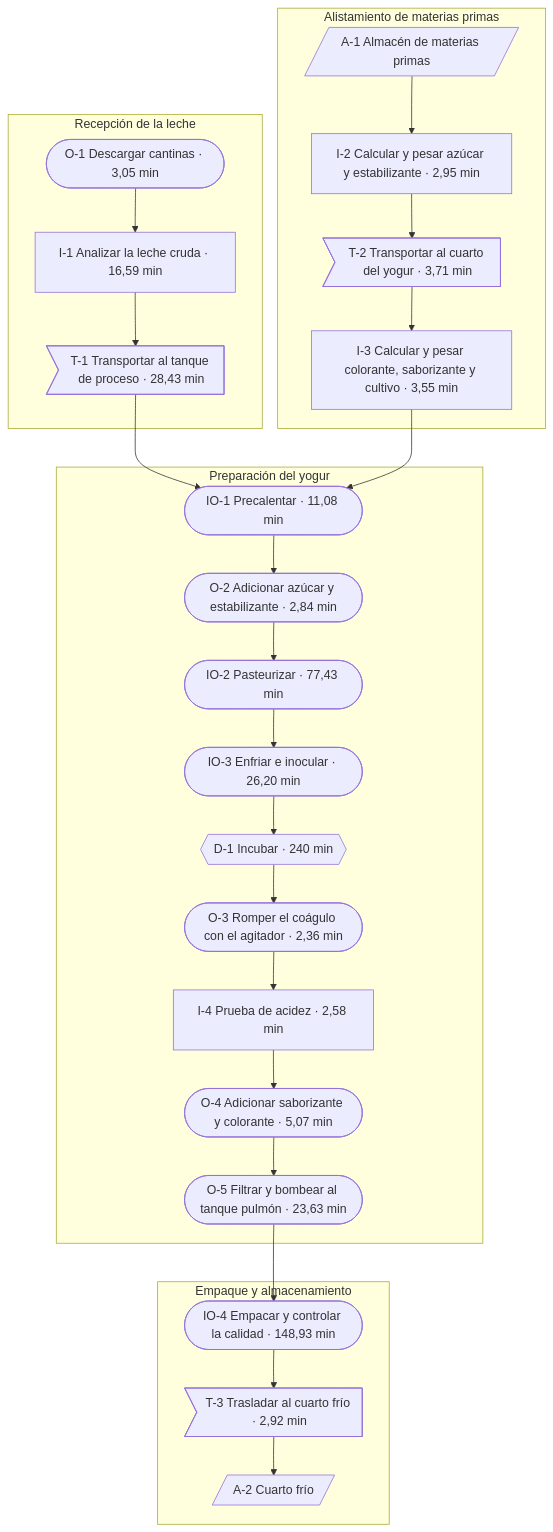
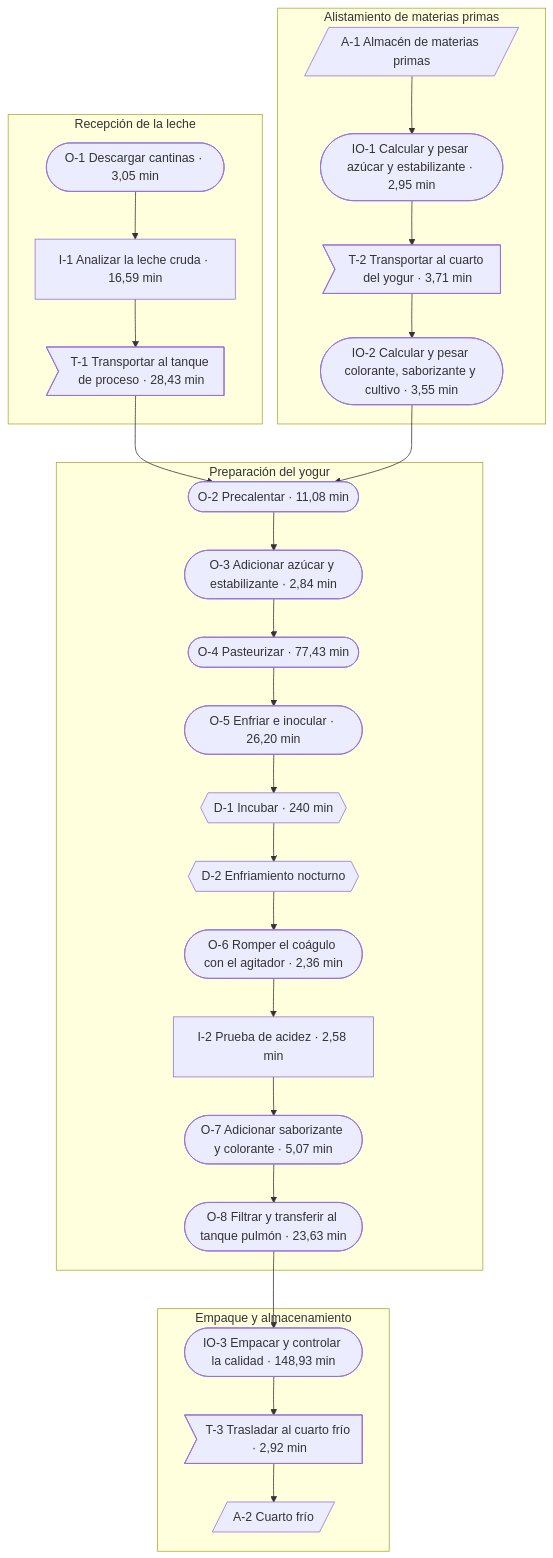
The first of 2 diagrams in 2-gestion-y-evaluacion-de-la-produccion/Insumo - Tiempos y capacidades de la línea de yogur.md (dcortesav/Cremia-Automations), drawn with Mermaid before and after one commit. The commit also changed other lines of this file, not shown here.

Commit message:
﻿﻿fix(modulo-2): corregir cursograma ASME, P&ID actual y horarios en insumo de yogur
Corrección M9 sobre Insumo - Tiempos y capacidades de la línea de yogur.md:

- Alinea los códigos del cursograma analítico del estado actual con los tipos de
  operación/inspección de la tabla e incorpora D-2 Enfriamiento nocturno.
- Corrige el total estándar de 601,32 min a "10 h 1 min".
- Retira P301 (bomba centrífuga) del P&ID del estado actual para evitar
  contradicción con el inventario (P-301 de lóbulos es equipo nuevo).
- Ajusta la recepción del lote 1 a 7:05-7:45 (en línea con programa.py), señala
  la retención en T-302 hasta confirmar acidez e incluye precalentamiento desde
  4 °C para el lote 2.

````diff
--- a/2-gestion-y-evaluacion-de-la-produccion/Insumo - Tiempos y capacidades de la línea de yogur.md
+++ b/2-gestion-y-evaluacion-de-la-produccion/Insumo - Tiempos y capacidades de la línea de yogur.md
@@ -26,18 +26,18 @@
 ```mermaid
 flowchart TD
     subgraph REC["Recepción de la leche"]
         O1(["O-1 Descargar cantinas · 3,05 min"]) --> I1["I-1 Analizar la leche cruda · 16,59 min"] --> T1>"T-1 Transportar al tanque de proceso · 28,43 min"]
     end
     subgraph ALI["Alistamiento de materias primas"]
-        A1[/"A-1 Almacén de materias primas"/] --> I2["I-2 Calcular y pesar azúcar y estabilizante · 2,95 min"] --> T2>"T-2 Transportar al cuarto del yogur · 3,71 min"] --> I3["I-3 Calcular y pesar colorante, saborizante y cultivo · 3,55 min"]
+        A1[/"A-1 Almacén de materias primas"/] --> IO1(["IO-1 Calcular y pesar azúcar y estabilizante · 2,95 min"]) --> T2>"T-2 Transportar al cuarto del yogur · 3,71 min"] --> IO2(["IO-2 Calcular y pesar colorante, saborizante y cultivo · 3,55 min"])
     end
     subgraph PRE["Preparación del yogur"]
-        IO1(["IO-1 Precalentar · 11,08 min"]) --> O2(["O-2 Adicionar azúcar y estabilizante · 2,84 min"]) --> IO2(["IO-2 Pasteurizar · 77,43 min"]) --> IO3(["IO-3 Enfriar e inocular · 26,20 min"]) --> D1{{"D-1 Incubar · 240 min"}} --> O3(["O-3 Romper el coágulo con el agitador · 2,36 min"]) --> I4["I-4 Prueba de acidez · 2,58 min"] --> O4(["O-4 Adicionar saborizante y colorante · 5,07 min"]) --> O5(["O-5 Filtrar y bombear al tanque pulmón · 23,63 min"])
+        O2(["O-2 Precalentar · 11,08 min"]) --> O3(["O-3 Adicionar azúcar y estabilizante · 2,84 min"]) --> O4(["O-4 Pasteurizar · 77,43 min"]) --> O5(["O-5 Enfriar e inocular · 26,20 min"]) --> D1{{"D-1 Incubar · 240 min"}} --> D2{{"D-2 Enfriamiento nocturno"}} --> O6(["O-6 Romper el coágulo con el agitador · 2,36 min"]) --> I2["I-2 Prueba de acidez · 2,58 min"] --> O7(["O-7 Adicionar saborizante y colorante · 5,07 min"]) --> O8(["O-8 Filtrar y transferir al tanque pulmón · 23,63 min"])
     end
     subgraph EMP["Empaque y almacenamiento"]
-        IO4(["IO-4 Empacar y controlar la calidad · 148,93 min"]) --> T3>"T-3 Trasladar al cuarto frío · 2,92 min"] --> A2[/"A-2 Cuarto frío"/]
+        IO3(["IO-3 Empacar y controlar la calidad · 148,93 min"]) --> T3>"T-3 Trasladar al cuarto frío · 2,92 min"] --> A2[/"A-2 Cuarto frío"/]
     end
-    T1 --> IO1
-    I3 --> IO1
-    O5 --> IO4
+    T1 --> O2
+    IO2 --> O2
+    O8 --> IO3
 ```
````
